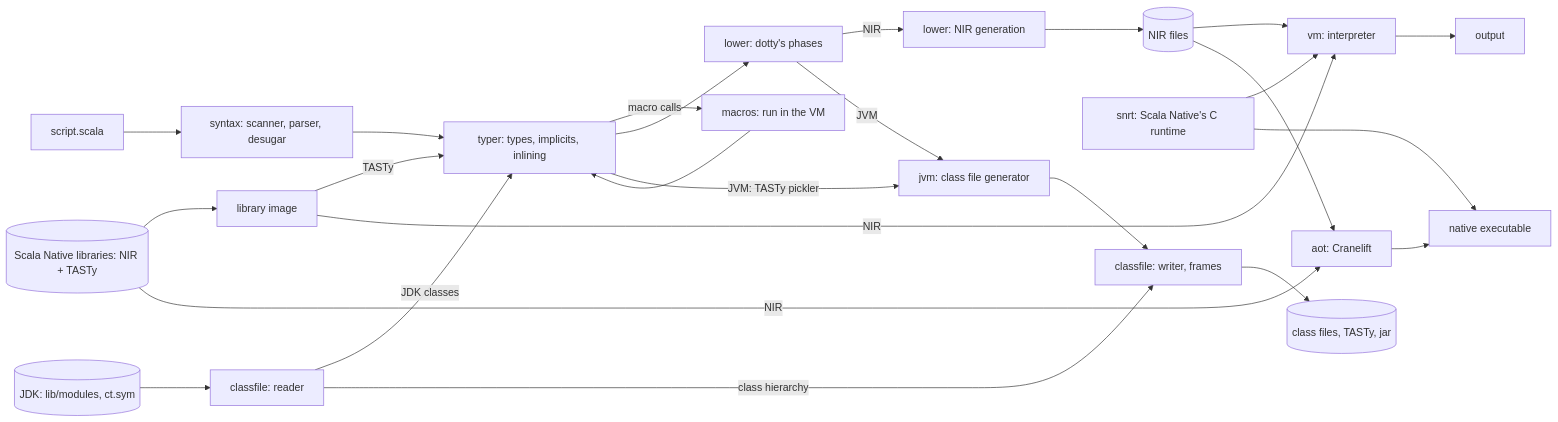
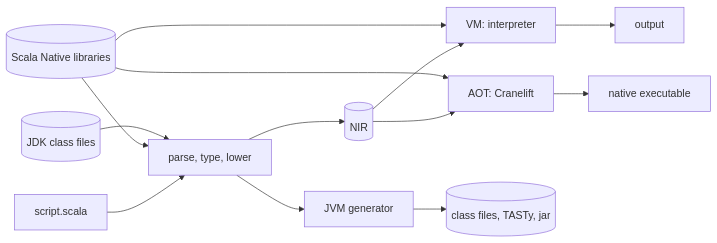
Before and after one commit to reactivecore/scivolo: the diagram in README.md, drawn with Mermaid. The commit also changed other lines of this file and 1 other file, not shown here.

````diff
--- a/README.md
+++ b/README.md
@@ -163,22 +155,12 @@
 ```mermaid
 flowchart LR
-  src[script.scala] --> syntax[syntax: scanner, parser, desugar]
-  syntax --> typer[typer: types, implicits, inlining]
-  typer -->|macro calls| macros[macros: run in the VM]
-  macros --> typer
-  typer --> lower[lower: dotty's phases]
-  lower -->|NIR| nirgen[lower: NIR generation] --> nir[(NIR files)]
-  libs[(Scala Native libraries: NIR + TASTy)] --> image[library image]
-  image -->|TASTy| typer
-  image -->|NIR| vm
-  nir --> vm[vm: interpreter] --> out[output]
-  nir --> aot[aot: Cranelift] --> exe[native executable]
-  libs -->|NIR| aot
-  rt[snrt: Scala Native's C runtime] --> vm
-  rt --> exe
-  typer -->|JVM: TASTy pickler| jvm
-  lower -->|JVM| jvm[jvm: class file generator] --> cf[classfile: writer, frames] --> jar[(class files, TASTy, jar)]
-  jdk[(JDK: lib/modules, ct.sym)] --> rd[classfile: reader]
-  rd -->|JDK classes| typer
-  rd -->|class hierarchy| cf
+  src[script.scala] --> front[parse, type, lower]
+  libs[(Scala Native libraries)] --> front
+  jdk[(JDK class files)] --> front
+  front --> nir[(NIR)]
+  nir --> vm[VM: interpreter] --> out[output]
+  nir --> aot[AOT: Cranelift] --> exe[native executable]
+  libs --> vm
+  libs --> aot
+  front --> jvm[JVM generator] --> jar[(class files, TASTy, jar)]
 ```
````
